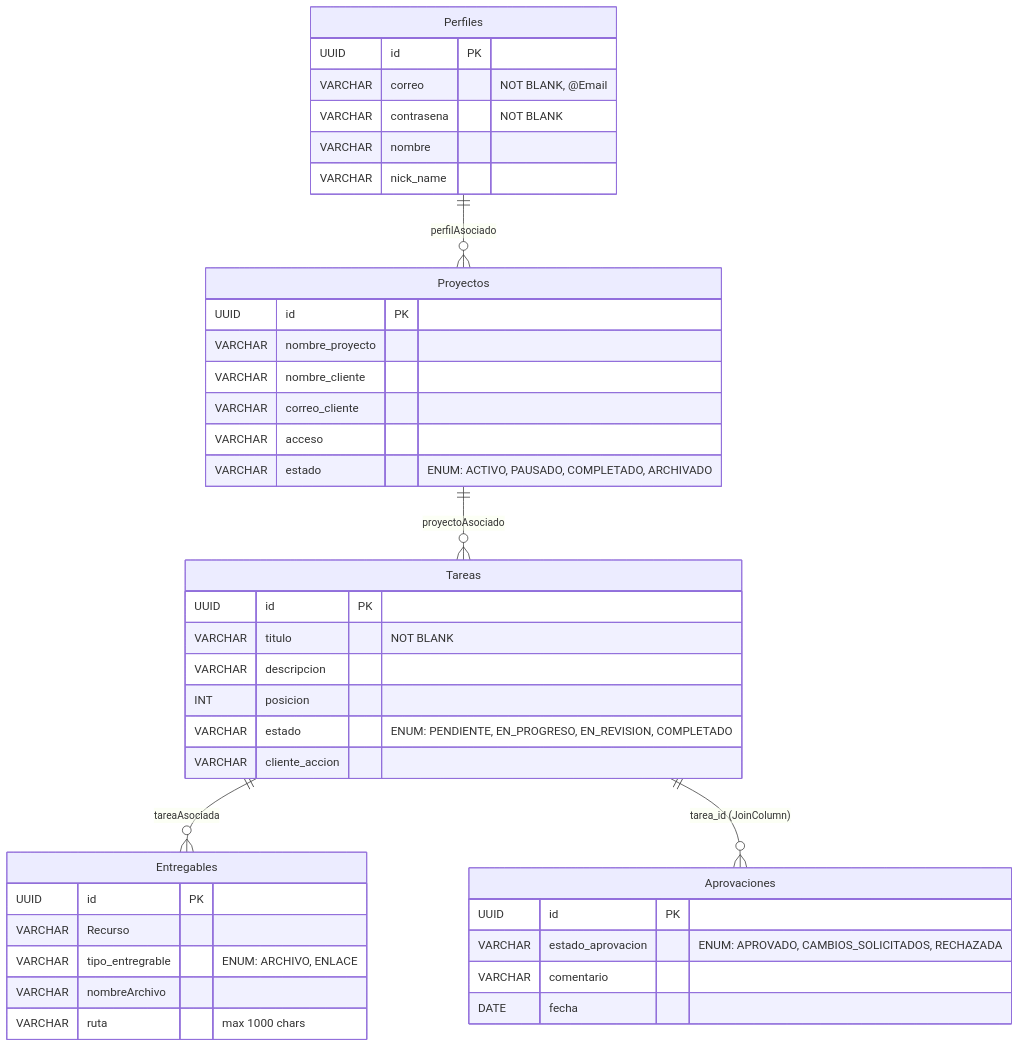
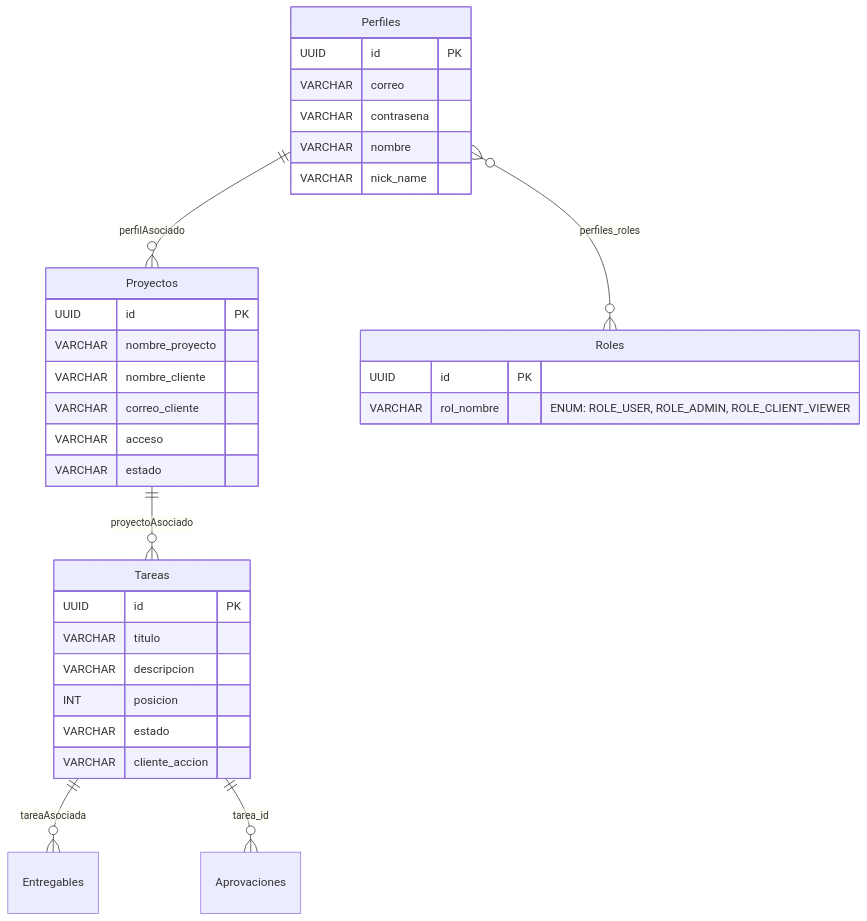
Before and after one commit to crsmusk/tablero-de-tareas: the diagram in docs/database-schema.md, drawn with Mermaid. The commit also changed other lines of this file and 11 other files, not shown here.

````diff
--- a/docs/database-schema.md
+++ b/docs/database-schema.md
@@ -15,48 +15,39 @@
 ```mermaid
 erDiagram
     Perfiles ||--o{ Proyectos : "perfilAsociado"
+    Perfiles }o--o{ Roles : "perfiles_roles"
     Proyectos ||--o{ Tareas : "proyectoAsociado"
     Tareas ||--o{ Entregables : "tareaAsociada"
-    Tareas ||--o{ Aprovaciones : "tarea_id (JoinColumn)"
+    Tareas ||--o{ Aprovaciones : "tarea_id"
 
     Perfiles {
         UUID id PK
-        VARCHAR correo "NOT BLANK, @Email"
-        VARCHAR contrasena "NOT BLANK"
+        VARCHAR correo
+        VARCHAR contrasena
         VARCHAR nombre
         VARCHAR nick_name
+    }
+
+    Roles {
+        UUID id PK
+        VARCHAR rol_nombre "ENUM: ROLE_USER, ROLE_ADMIN, ROLE_CLIENT_VIEWER"
     }
 
     Proyectos {
         UUID id PK
         VARCHAR nombre_proyecto
         VARCHAR nombre_cliente
         VARCHAR correo_cliente
         VARCHAR acceso
-        VARCHAR estado "ENUM: ACTIVO, PAUSADO, COMPLETADO, ARCHIVADO"
+        VARCHAR estado
     }
 
     Tareas {
         UUID id PK
-        VARCHAR titulo "NOT BLANK"
+        VARCHAR titulo
         VARCHAR descripcion
         INT posicion
-        VARCHAR estado "ENUM: PENDIENTE, EN_PROGRESO, EN_REVISION, COMPLETADO"
+        VARCHAR estado
         VARCHAR cliente_accion
     }
-
-    Entregables {
-        UUID id PK
-        VARCHAR Recurso
-        VARCHAR tipo_entregrable "ENUM: ARCHIVO, ENLACE"
-        VARCHAR nombreArchivo
-        VARCHAR ruta "max 1000 chars"
-    }
-
-    Aprovaciones {
-        UUID id PK
-        VARCHAR estado_aprovacion "ENUM: APROVADO, CAMBIOS_SOLICITADOS, RECHAZADA"
-        VARCHAR comentario
-        DATE fecha
-    }
 ```
````
